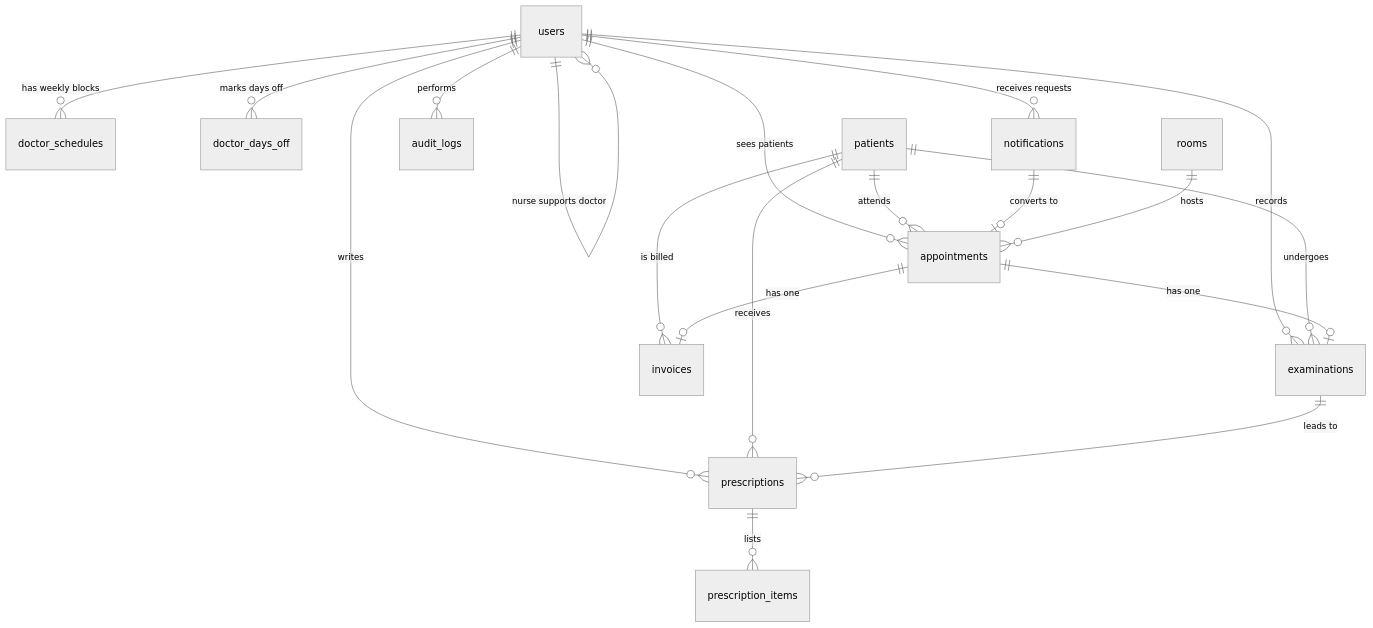
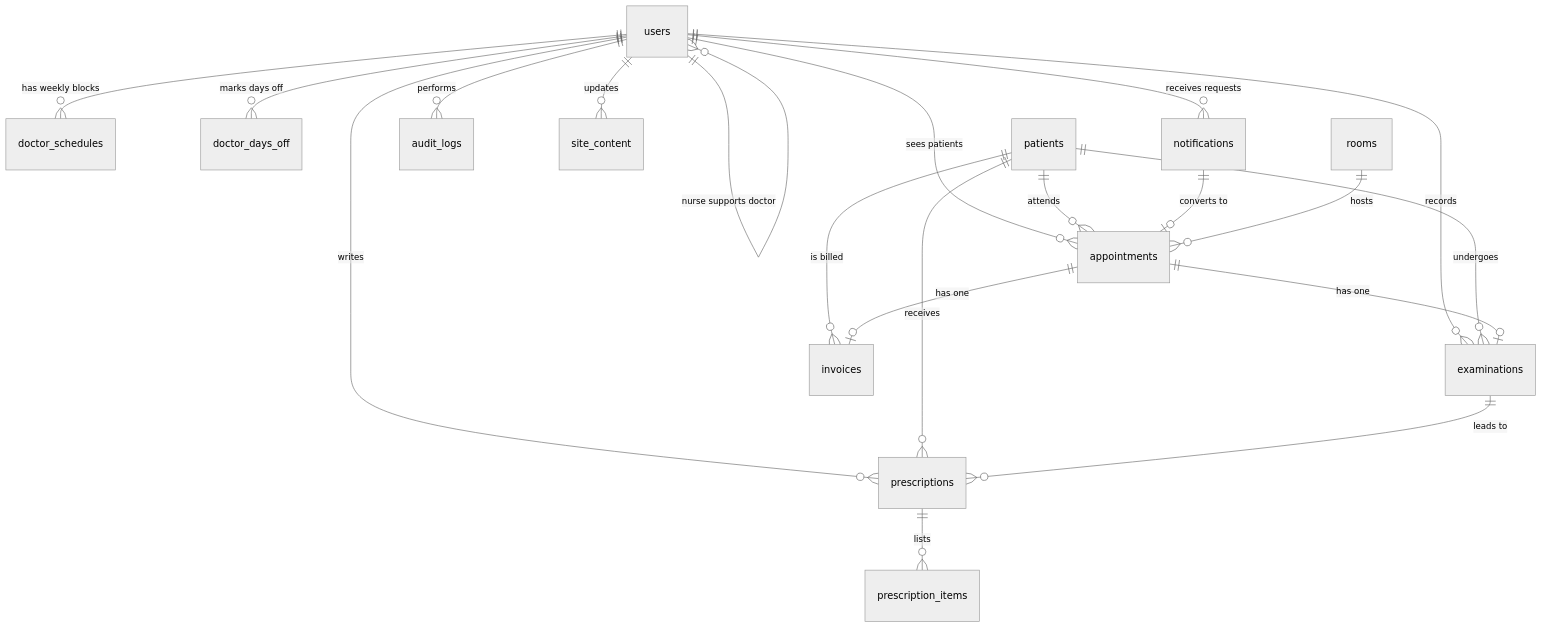
One commit to kelsengile/AppointMed changed the third of 11 diagrams in DOCUMENTATION.md. Above: the diagram before and after it, drawn with Mermaid (neutral theme). The commit also changed other lines of this file and 7 other files, not shown here.

````diff
--- a/DOCUMENTATION.md
+++ b/DOCUMENTATION.md
@@ -278,21 +282,22 @@
 ```mermaid
 erDiagram
     users ||--o{ users : "nurse supports doctor"
     users ||--o{ doctor_schedules : "has weekly blocks"
     users ||--o{ doctor_days_off : "marks days off"
     users ||--o{ notifications : "receives requests"
     users ||--o{ appointments : "sees patients"
     users ||--o{ examinations : "records"
     users ||--o{ prescriptions : "writes"
     users ||--o{ audit_logs : "performs"
+    users ||--o{ site_content : "updates"
     patients ||--o{ appointments : "attends"
     patients ||--o{ examinations : "undergoes"
     patients ||--o{ prescriptions : "receives"
     patients ||--o{ invoices : "is billed"
     notifications ||--o| appointments : "converts to"
     rooms ||--o{ appointments : "hosts"
     appointments ||--o| examinations : "has one"
     appointments ||--o| invoices : "has one"
     examinations ||--o{ prescriptions : "leads to"
     prescriptions ||--o{ prescription_items : "lists"
 ```
````
